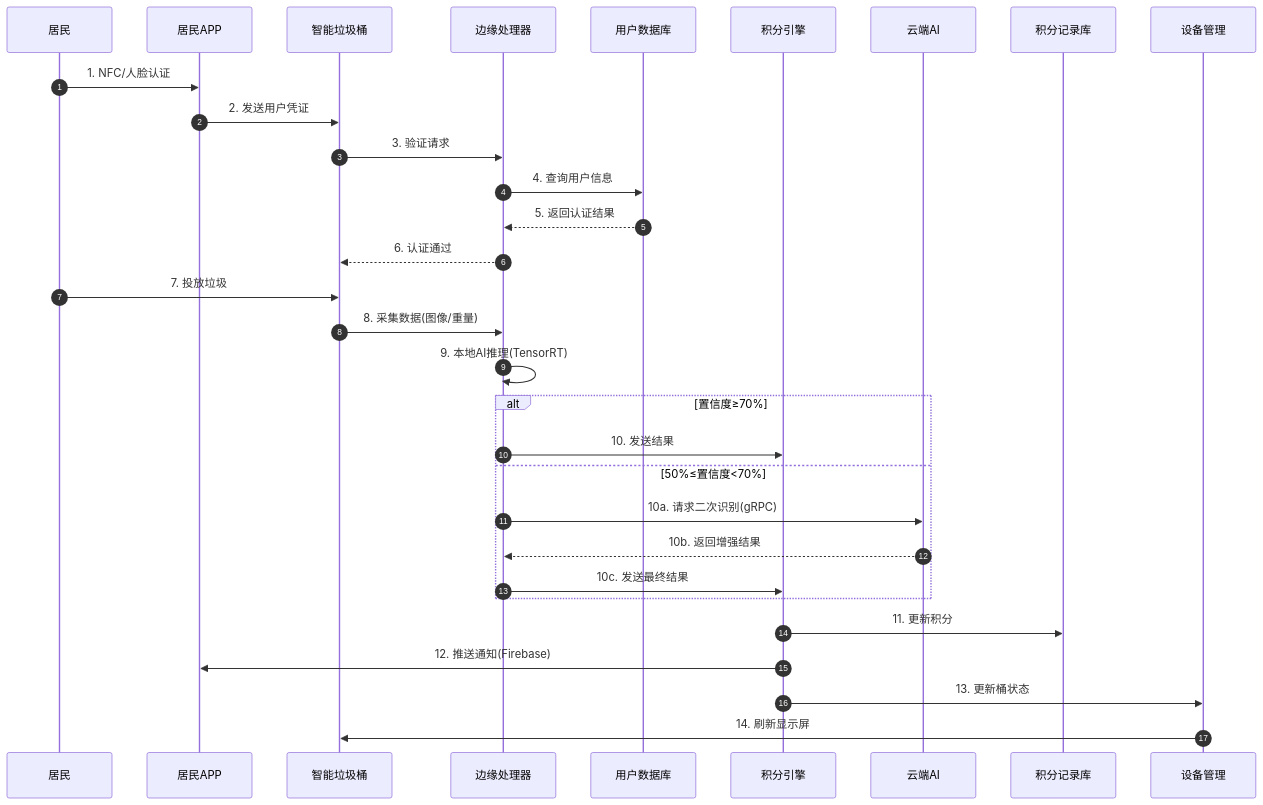
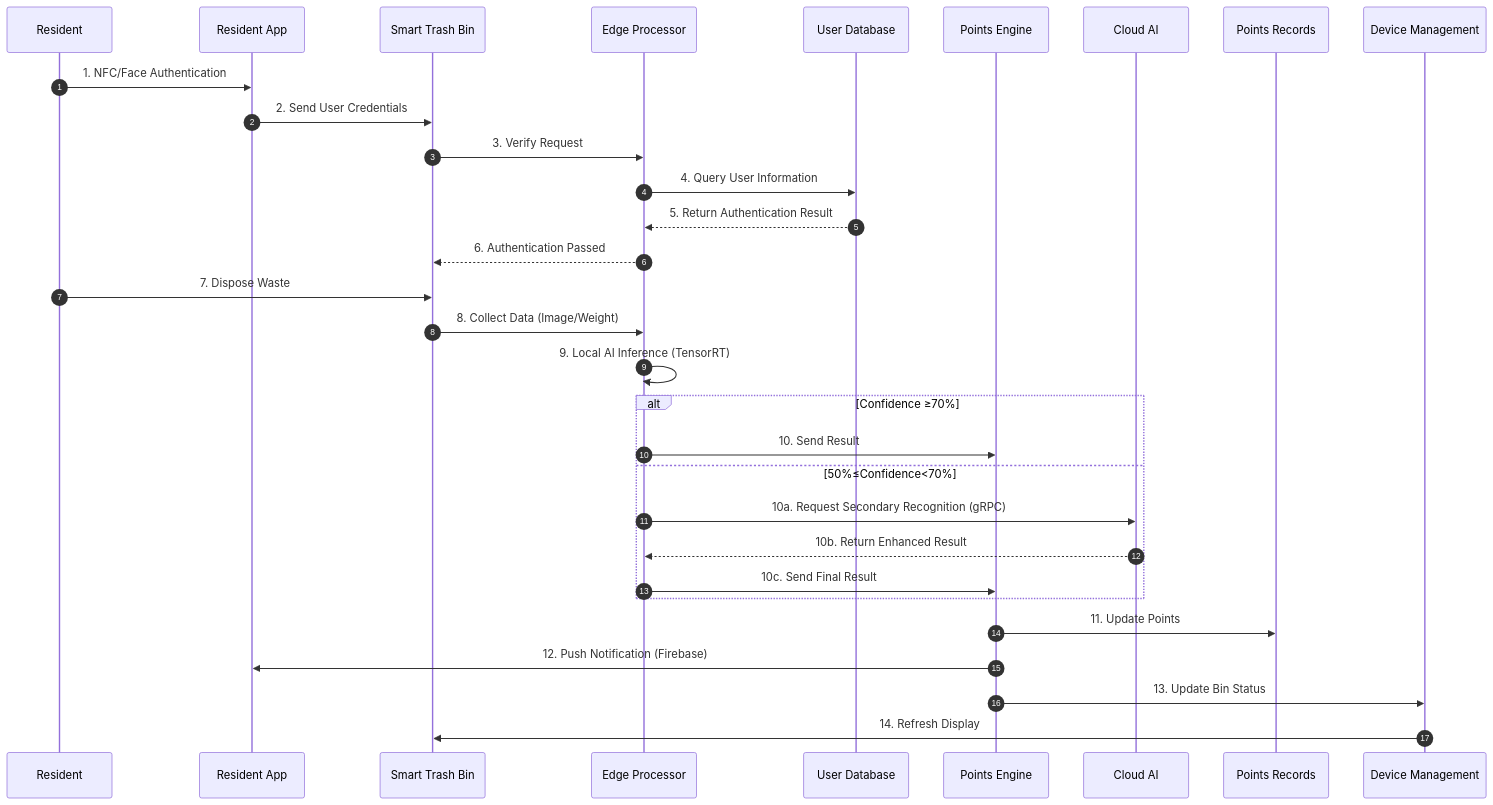
One commit to YangShengzhou03/EcoSorter changed the second of 4 diagrams in README.en.md. Above: the diagram before and after it, drawn with Mermaid. The commit also changed other lines of this file, not shown here.

````diff
--- a/README.en.md
+++ b/README.en.md
@@ -201,24 +201,24 @@
 ```mermaid
 sequenceDiagram
     autonumber
-    居民->>居民APP: 1. NFC/人脸认证
-    居民APP->>智能垃圾桶: 2. 发送用户凭证
-    智能垃圾桶->>边缘处理器: 3. 验证请求
-    边缘处理器->>用户数据库: 4. 查询用户信息
-    用户数据库-->>边缘处理器: 5. 返回认证结果
-    边缘处理器-->>智能垃圾桶: 6. 认证通过
-    居民->>智能垃圾桶: 7. 投放垃圾
-    智能垃圾桶->>边缘处理器: 8. 采集数据(图像/重量)
-    边缘处理器->>边缘处理器: 9. 本地AI推理(TensorRT)
-    alt 置信度≥70%
-        边缘处理器->>积分引擎: 10. 发送结果
-    else 50%≤置信度<70%
-        边缘处理器->>云端AI: 10a. 请求二次识别(gRPC)
-        云端AI-->>边缘处理器: 10b. 返回增强结果
-        边缘处理器->>积分引擎: 10c. 发送最终结果
+    Resident->>Resident App: 1. NFC/Face Authentication
+    Resident App->>Smart Trash Bin: 2. Send User Credentials
+    Smart Trash Bin->>Edge Processor: 3. Verify Request
+    Edge Processor->>User Database: 4. Query User Information
+    User Database-->>Edge Processor: 5. Return Authentication Result
+    Edge Processor-->>Smart Trash Bin: 6. Authentication Passed
+    Resident->>Smart Trash Bin: 7. Dispose Waste
+    Smart Trash Bin->>Edge Processor: 8. Collect Data (Image/Weight)
+    Edge Processor->>Edge Processor: 9. Local AI Inference (TensorRT)
+    alt Confidence ≥70%
+        Edge Processor->>Points Engine: 10. Send Result
+    else 50%≤Confidence<70%
+        Edge Processor->>Cloud AI: 10a. Request Secondary Recognition (gRPC)
+        Cloud AI-->>Edge Processor: 10b. Return Enhanced Result
+        Edge Processor->>Points Engine: 10c. Send Final Result
     end
-    积分引擎->>积分记录库: 11. 更新积分
-    积分引擎->>居民APP: 12. 推送通知(Firebase)
-    积分引擎->>设备管理: 13. 更新桶状态
-    设备管理->>智能垃圾桶: 14. 刷新显示屏
+    Points Engine->>Points Records: 11. Update Points
+    Points Engine->>Resident App: 12. Push Notification (Firebase)
+    Points Engine->>Device Management: 13. Update Bin Status
+    Device Management->>Smart Trash Bin: 14. Refresh Display
 ```
````
